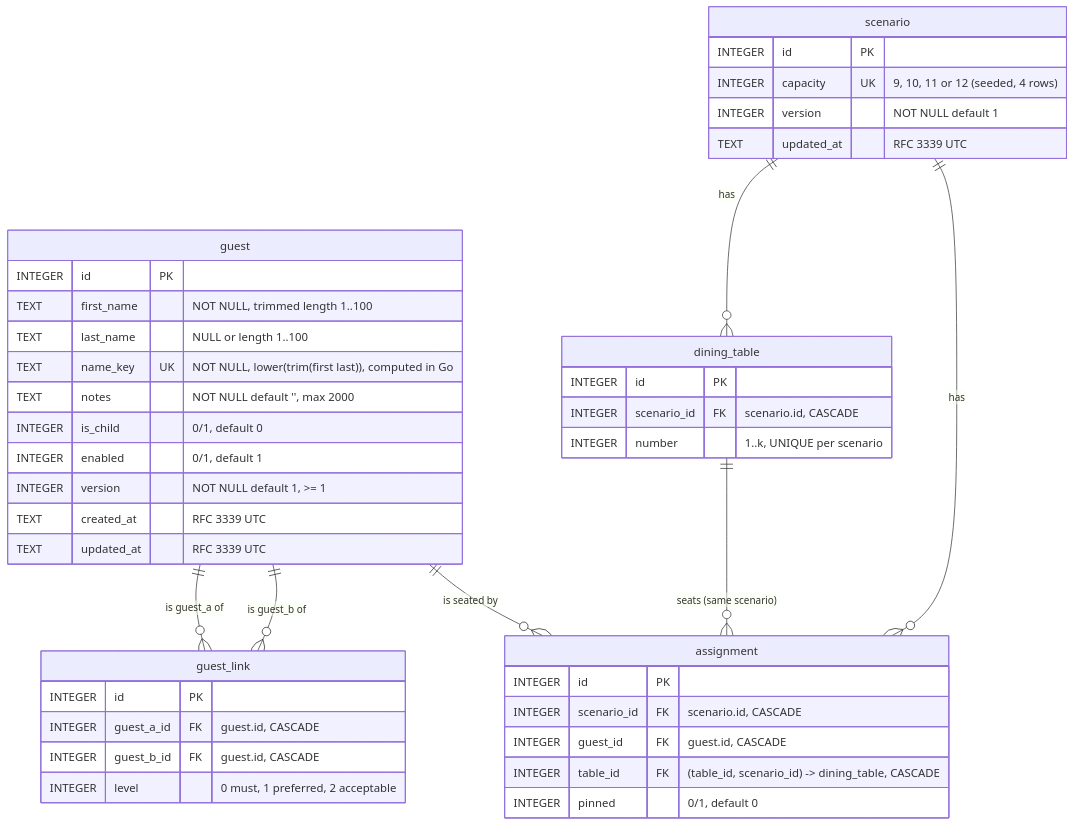
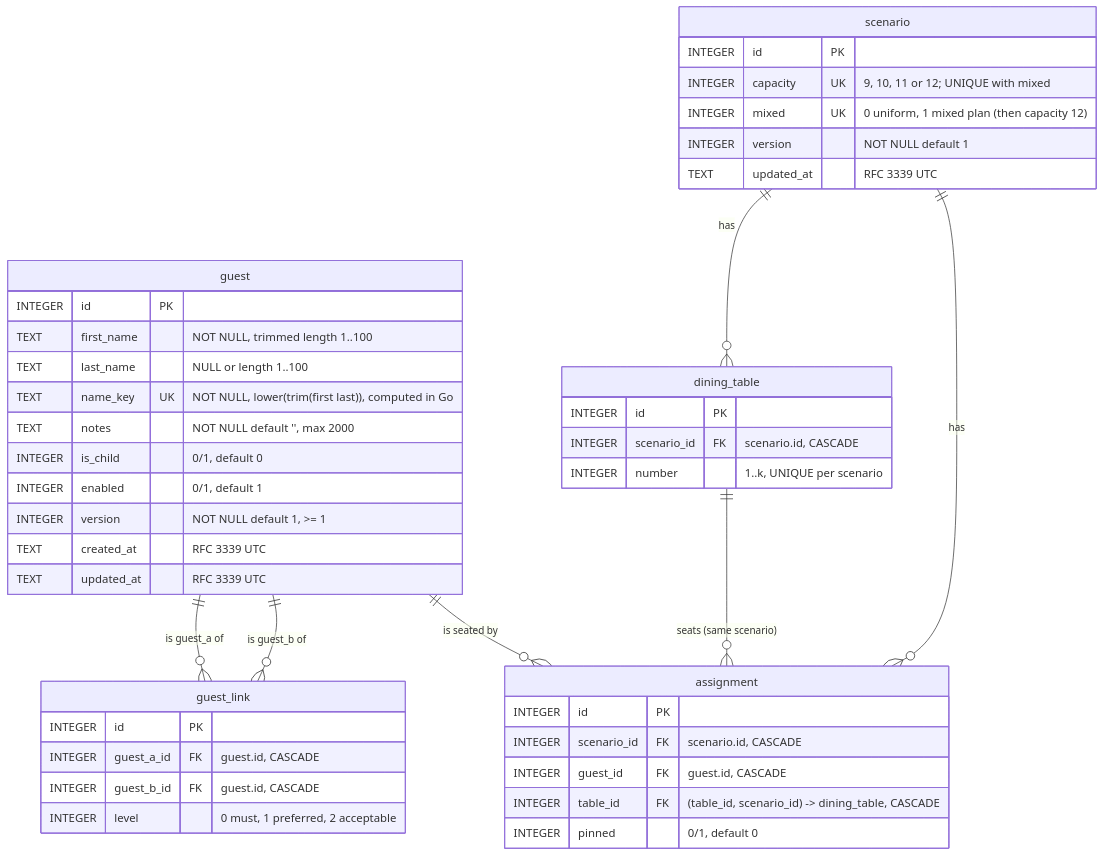
The diagram in docs/architecture/diagrams/002-erd.md (emicon123/wedding-seating-planner), drawn with Mermaid before and after one commit. The commit also changed other lines of this file and 26 other files, not shown here.

First line of the commit message:
feat(architecture): mixed plan as fifth plan (task 013, phase A)

````diff
--- a/docs/architecture/diagrams/002-erd.md
+++ b/docs/architecture/diagrams/002-erd.md
@@ -5,46 +5,47 @@
 ```mermaid
 erDiagram
     guest ||--o{ guest_link : "is guest_a of"
     guest ||--o{ guest_link : "is guest_b of"
     guest ||--o{ assignment : "is seated by"
     scenario ||--o{ dining_table : has
     scenario ||--o{ assignment : has
     dining_table ||--o{ assignment : "seats (same scenario)"
 
     guest {
         INTEGER id PK
         TEXT first_name "NOT NULL, trimmed length 1..100"
         TEXT last_name "NULL or length 1..100"
         TEXT name_key UK "NOT NULL, lower(trim(first last)), computed in Go"
         TEXT notes "NOT NULL default '', max 2000"
         INTEGER is_child "0/1, default 0"
         INTEGER enabled "0/1, default 1"
         INTEGER version "NOT NULL default 1, >= 1"
         TEXT created_at "RFC 3339 UTC"
         TEXT updated_at "RFC 3339 UTC"
     }
     guest_link {
         INTEGER id PK
         INTEGER guest_a_id FK "guest.id, CASCADE"
         INTEGER guest_b_id FK "guest.id, CASCADE"
         INTEGER level "0 must, 1 preferred, 2 acceptable"
     }
     scenario {
         INTEGER id PK
-        INTEGER capacity UK "9, 10, 11 or 12 (seeded, 4 rows)"
+        INTEGER capacity UK "9, 10, 11 or 12; UNIQUE with mixed"
+        INTEGER mixed UK "0 uniform, 1 mixed plan (then capacity 12)"
         INTEGER version "NOT NULL default 1"
         TEXT updated_at "RFC 3339 UTC"
     }
     dining_table {
         INTEGER id PK
         INTEGER scenario_id FK "scenario.id, CASCADE"
         INTEGER number "1..k, UNIQUE per scenario"
     }
     assignment {
         INTEGER id PK
         INTEGER scenario_id FK "scenario.id, CASCADE"
         INTEGER guest_id FK "guest.id, CASCADE"
         INTEGER table_id FK "(table_id, scenario_id) -> dining_table, CASCADE"
         INTEGER pinned "0/1, default 0"
     }
 ```
````
